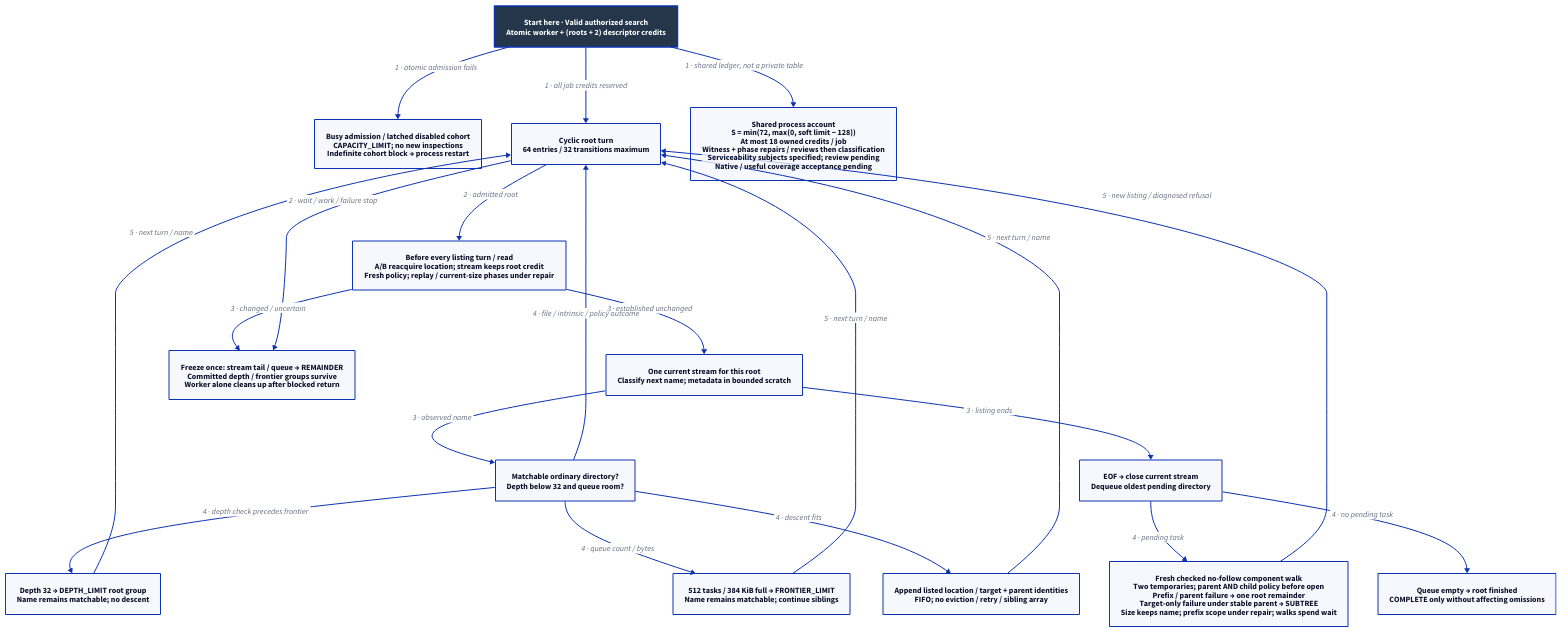
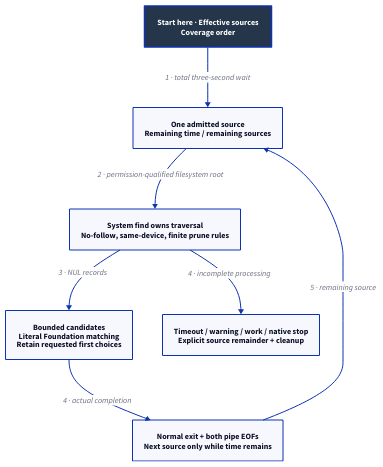
The diagram in docs/design/architecture/search-traversal.d2 (Linkuistics/Koine), drawn with D2 before and after one commit. The commit also changed 142 other files, not shown here.

```diff
--- a/docs/design/architecture/search-traversal.d2
+++ b/docs/design/architecture/search-traversal.d2
@@ -1,38 +1,17 @@
-# Proposed per-root algorithm; process account is shared by every job/instance.
+# Selected mechanism, subject to human choices/review/native acceptance.
 direction: down
 classes: {
   start: {style: {fill: "#25364B"; font-color: "#FFFFFF"; bold: true; stroke-width: 3}}
 }
-Start: "Start here · Valid authorized search\nAtomic worker + (roots + 2) descriptor credits" {class: start}
-Refuse: "Busy admission / latched disabled cohort\nCAPACITY_LIMIT; no new inspections\nIndefinite cohort block → process restart"
-Cycle: "Cyclic root turn\n64 entries / 32 transitions maximum"
-Check: "Before every listing turn / read\nA/B reacquire location; stream keeps root credit\nFresh policy; replay / current-size phases under repair"
-Stream: "One current stream for this root\nClassify next name; metadata in bounded scratch"
-Anchor: "Matchable ordinary directory?\nDepth below 32 and queue room?"
-Depth: "Depth 32 → DEPTH_LIMIT root group\nName remains matchable; no descent"
-Frontier: "512 tasks / 384 KiB full → FRONTIER_LIMIT\nName remains matchable; continue siblings"
-Queue: "Append listed location / target + parent identities\nFIFO; no eviction / retry / sibling array"
-EOF: "EOF → close current stream\nDequeue oldest pending directory"
-Done: "Queue empty → root finished\nCOMPLETE only without affecting omissions"
-Walk: "Fresh checked no-follow component walk\nTwo temporaries; parent AND child policy before open\nPrefix / parent failure → one root remainder\nTarget-only failure under stable parent → SUBTREE\nSize keeps name; prefix scope under repair; walks spend wait"
-Stop: "Freeze once: stream tail / queue → REMAINDER\nCommitted depth / frontier groups survive\nWorker alone cleans up after blocked return"
-Limits: "Shared process account\nS = min(72, max(0, soft limit − 128))\nAt most 18 owned credits / job\nWitness + phase repairs / reviews then classification\nServiceability subjects specified; review pending\nNative / useful coverage acceptance pending"
-Start -> Refuse: "1 · atomic admission fails"
-Start -> Cycle: "1 · all job credits reserved"
-Start -> Limits: "1 · shared ledger, not a private table"
-Cycle -> Check: "2 · admitted root"
-Check -> Stream: "3 · established unchanged"
-Check -> Stop: "3 · changed / uncertain"
-Stream -> Anchor: "3 · observed name"
-Anchor -> Depth: "4 · depth check precedes frontier"
-Anchor -> Frontier: "4 · queue count / bytes"
-Anchor -> Queue: "4 · descent fits"
-Anchor -> Cycle: "4 · file / intrinsic / policy outcome"
-Depth -> Cycle: "5 · next turn / name"
-Frontier -> Cycle: "5 · next turn / name"
-Queue -> Cycle: "5 · next turn / name"
-Stream -> EOF: "3 · listing ends"
-EOF -> Walk: "4 · pending task"
-EOF -> Done: "4 · no pending task"
-Walk -> Cycle: "5 · new listing / diagnosed refusal"
-Cycle -> Stop: "2 · wait / work / failure stop"
+Start: "Start here · Effective sources\nCoverage order" {class: start}
+Root: "One admitted source\nRemaining time / remaining sources"
+Find: "System find owns traversal\nNo-follow, same-device, finite prune rules"
+Records: "Bounded candidates\nLiteral Foundation matching\nRetain requested first choices"
+Next: "Normal exit + both pipe EOFs\nNext source only while time remains"
+Remainder: "Timeout / warning / work / native stop\nExplicit source remainder + cleanup"
+Start -> Root: "1 · total three-second wait"
+Root -> Find: "2 · permission-qualified filesystem root"
+Find -> Records: "3 · NUL records"
+Records -> Next: "4 · actual completion"
+Find -> Remainder: "4 · incomplete processing"
+Next -> Root: "5 · remaining source"
```
